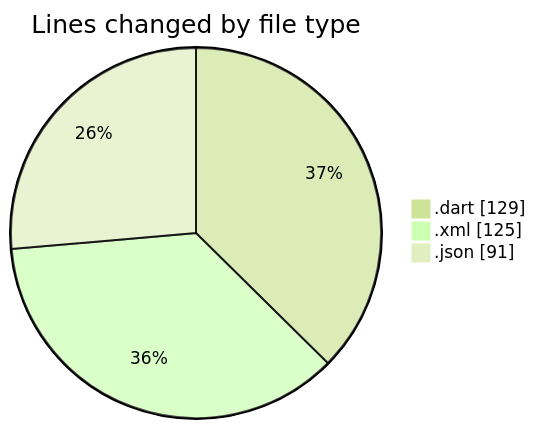
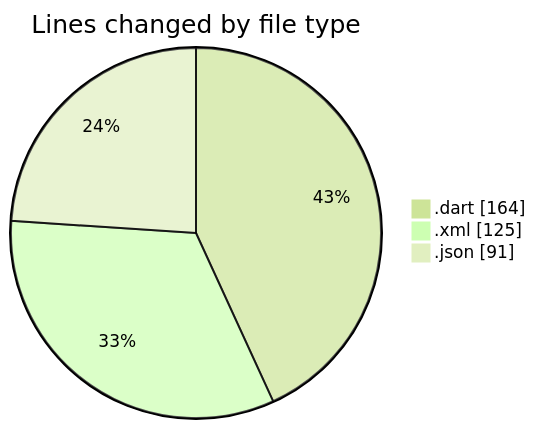
One commit to donsfak/code-tracking changed the first of 2 diagrams in 2025-02-20/uber_clone/README.md. Above: the diagram before and after it, drawn with Mermaid (forest theme). The commit also changed other lines of this file and 1 other file, not shown here.

````diff
--- a/2025-02-20/uber_clone/README.md
+++ b/2025-02-20/uber_clone/README.md
@@ -24,7 +24,7 @@
 ```mermaid
 pie showData
 title Lines changed by file type
-".dart" : 129
+".dart" : 164
 ".xml" : 125
 ".json" : 91
 ```
````
